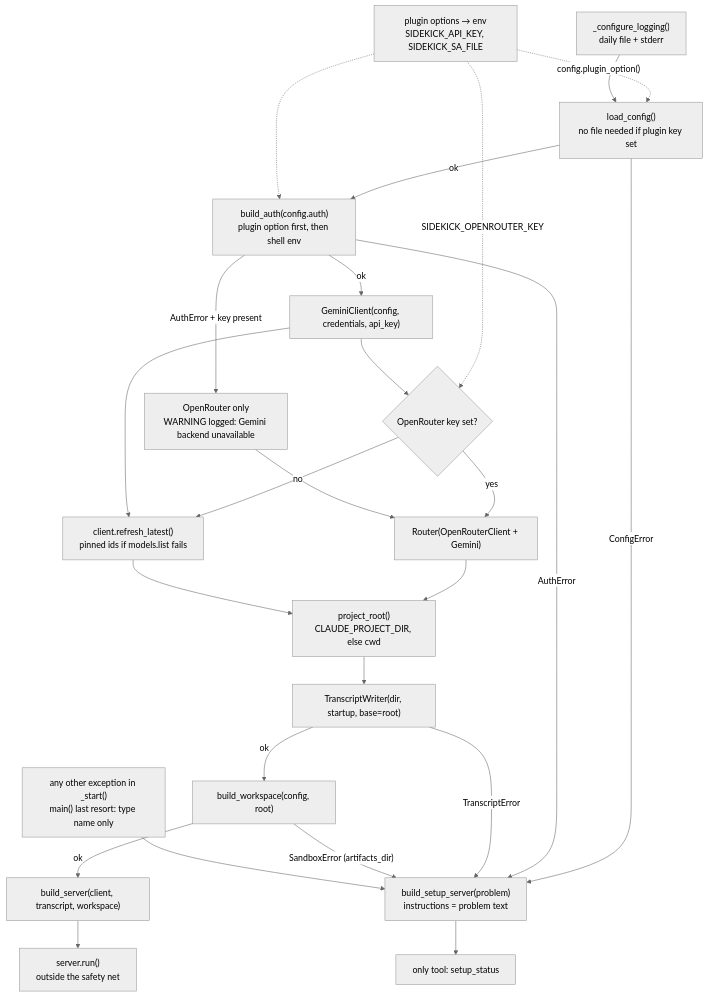
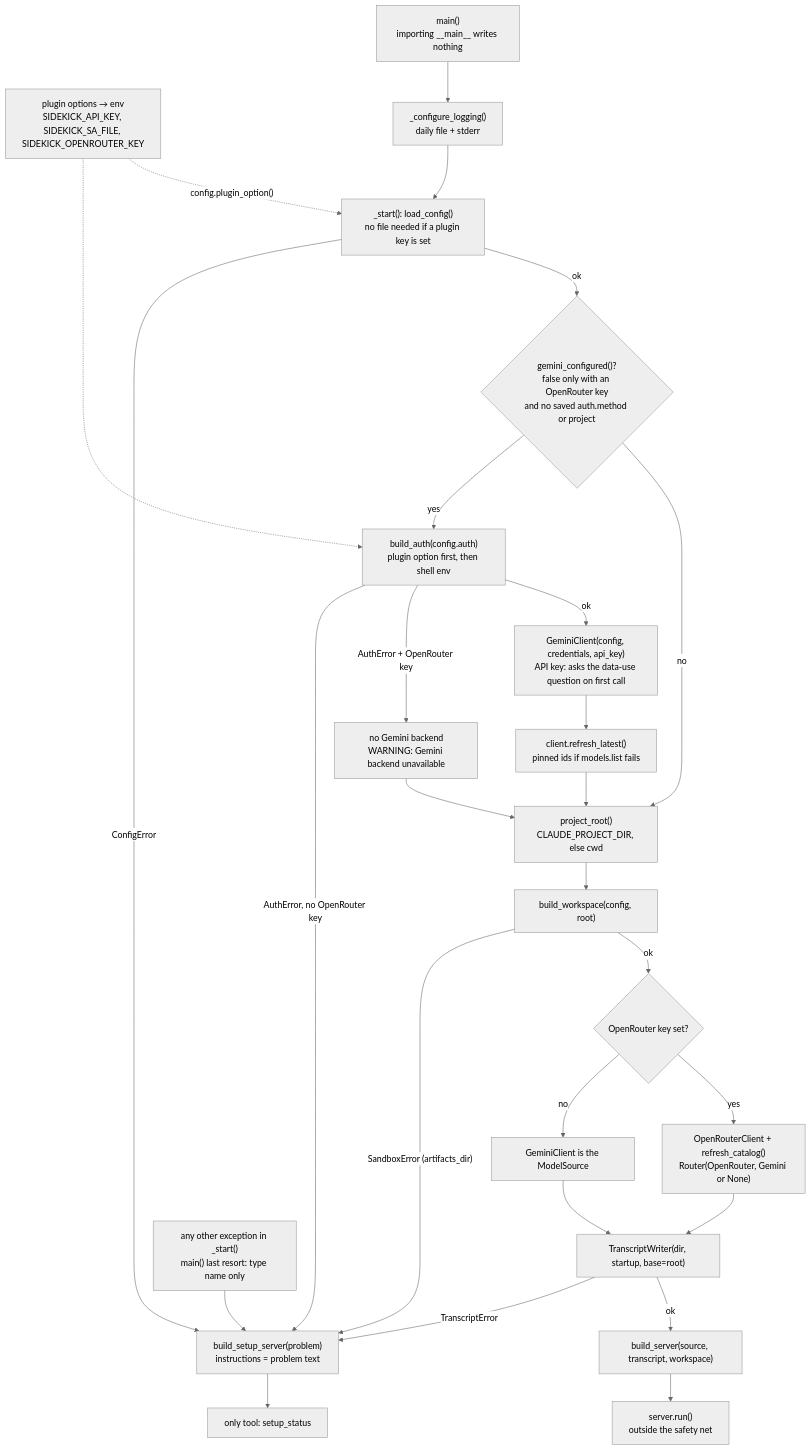
Before and after one commit to FlintAndFilament/sidekick: the diagram in docs/diagrams/startup.mermaid, drawn with Mermaid (neutral theme). The commit also changed 20 other files, not shown here.

```diff
--- a/docs/diagrams/startup.mermaid
+++ b/docs/diagrams/startup.mermaid
@@ -1,26 +1,28 @@
 flowchart TD
-    ENV["plugin options → env<br/>SIDEKICK_API_KEY, SIDEKICK_SA_FILE"] -.->|"config.plugin_option()"| CFG
-    LOG["_configure_logging()<br/>daily file + stderr"] --> CFG["load_config()<br/>no file needed if plugin key set"]
-    CFG -->|ok| AUTH["build_auth(config.auth)<br/>plugin option first, then shell env"]
+    ENV["plugin options → env<br/>SIDEKICK_API_KEY, SIDEKICK_SA_FILE, SIDEKICK_OPENROUTER_KEY"] -.->|"config.plugin_option()"| CFG
+    MAIN["main()<br/>importing __main__ writes nothing"] --> LOG["_configure_logging()<br/>daily file + stderr"]
+    LOG --> CFG["_start(): load_config()<br/>no file needed if a plugin key is set"]
+    CFG -->|ok| GQ{"gemini_configured()?<br/>false only with an OpenRouter key<br/>and no saved auth.method or project"}
+    GQ -->|no| ROOT
+    GQ -->|yes| AUTH["build_auth(config.auth)<br/>plugin option first, then shell env"]
     ENV -.-> AUTH
-    AUTH -->|ok| CL["GeminiClient(config, credentials, api_key)"]
-    ENV -.->|"SIDEKICK_OPENROUTER_KEY"| ORK{"OpenRouter key set?"}
-    CL --> ORK
-    ORK -->|yes| RT["Router(OpenRouterClient + Gemini)"]
-    AUTH -->|"AuthError + key present"| ORO["OpenRouter only<br/>WARNING logged: Gemini backend unavailable"]
-    ORO --> RT
-    RT --> ROOT
-    ORK -->|no| LAT
+    AUTH -->|ok| CL["GeminiClient(config, credentials, api_key)<br/>API key: asks the data-use question on first call"]
     CL --> LAT["client.refresh_latest()<br/>pinned ids if models.list fails"]
+    AUTH -->|"AuthError + OpenRouter key"| ORO["no Gemini backend<br/>WARNING: Gemini backend unavailable"]
     LAT --> ROOT["project_root()<br/>CLAUDE_PROJECT_DIR, else cwd"]
-    ROOT --> TR["TranscriptWriter(dir, startup, base=root)"]
-    TR -->|ok| WS["build_workspace(config, root)"]
-    WS -->|ok| SRV["build_server(client, transcript, workspace)"]
+    ORO --> ROOT
+    ROOT --> WS["build_workspace(config, root)"]
+    WS -->|ok| ORK{"OpenRouter key set?"}
+    ORK -->|yes| RT["OpenRouterClient + refresh_catalog()<br/>Router(OpenRouter, Gemini or None)"]
+    ORK -->|no| GC["GeminiClient is the ModelSource"]
+    RT --> TR["TranscriptWriter(dir, startup, base=root)"]
+    GC --> TR
+    TR -->|ok| SRV["build_server(source, transcript, workspace)"]
     SRV --> RUN["server.run()<br/>outside the safety net"]
 
     CFG -->|ConfigError| SETUP
-    AUTH -->|AuthError| SETUP
+    AUTH -->|"AuthError, no OpenRouter key"| SETUP
+    WS -->|"SandboxError (artifacts_dir)"| SETUP
     TR -->|TranscriptError| SETUP
-    WS -->|"SandboxError (artifacts_dir)"| SETUP
     ANY["any other exception in _start()<br/>main() last resort: type name only"] --> SETUP
     SETUP["build_setup_server(problem)<br/>instructions = problem text"] --> ST["only tool: setup_status"]
```
